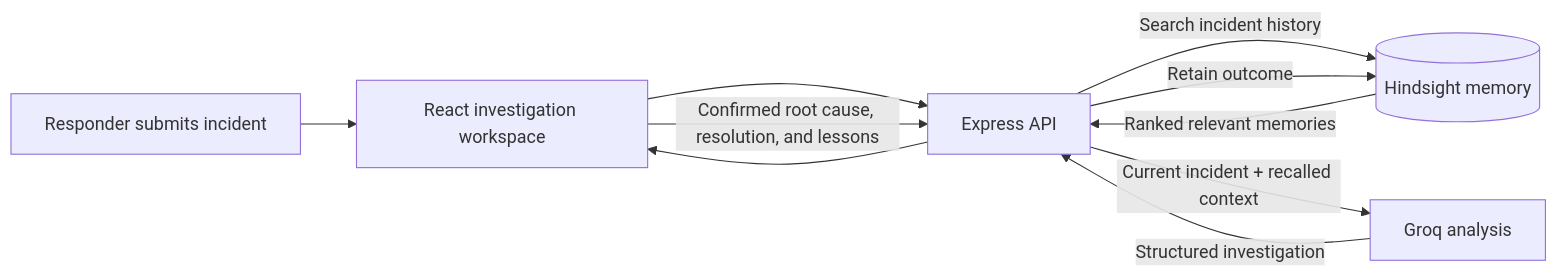
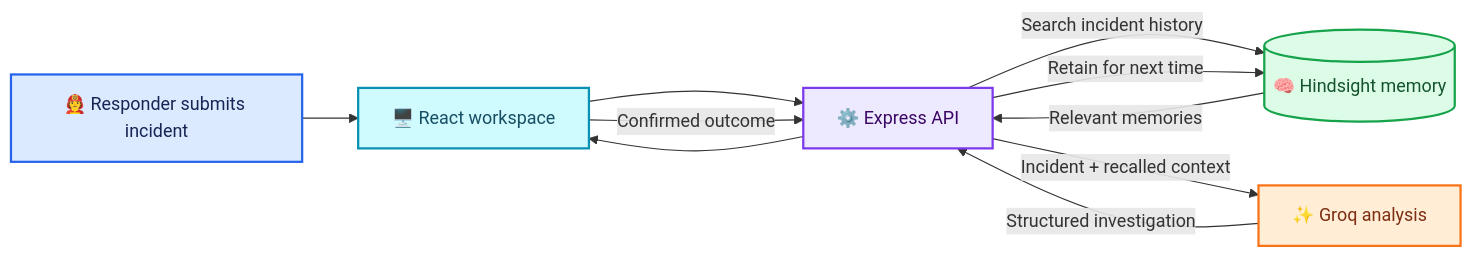
Before and after one commit to chandrika131105/IncidentIQ: the diagram in README.md, drawn with Mermaid. The commit also changed other lines of this file, not shown here.

````diff
--- a/README.md
+++ b/README.md
@@ -63,12 +70,24 @@
 ```mermaid
 flowchart LR
-    R[Responder submits incident] --> UI[React investigation workspace]
-    UI --> API[Express API]
-    API -->|Search incident history| H[(Hindsight memory)]
-    H -->|Ranked relevant memories| API
-    API -->|Current incident + recalled context| G[Groq analysis]
-    G -->|Structured investigation| API
+    R["🧑‍🚒 Responder submits incident"] --> UI["🖥️ React workspace"]
+    UI --> API["⚙️ Express API"]
+    API -->|"Search incident history"| H[("🧠 Hindsight memory")]
+    H -->|"Relevant memories"| API
+    API -->|"Incident + recalled context"| G["✨ Groq analysis"]
+    G -->|"Structured investigation"| API
     API --> UI
-    UI -->|Confirmed root cause, resolution, and lessons| API
-    API -->|Retain outcome| H
+    UI -->|"Confirmed outcome"| API
+    API -->|"Retain for next time"| H
+
+    classDef user fill:#dbeafe,stroke:#2563eb,color:#172554,stroke-width:2px
+    classDef app fill:#cffafe,stroke:#0891b2,color:#164e63,stroke-width:2px
+    classDef api fill:#ede9fe,stroke:#7c3aed,color:#3b0764,stroke-width:2px
+    classDef memory fill:#dcfce7,stroke:#16a34a,color:#14532d,stroke-width:2px
+    classDef ai fill:#ffedd5,stroke:#f97316,color:#7c2d12,stroke-width:2px
+
+    class R user
+    class UI app
+    class API api
+    class H memory
+    class G ai
 ```
````
